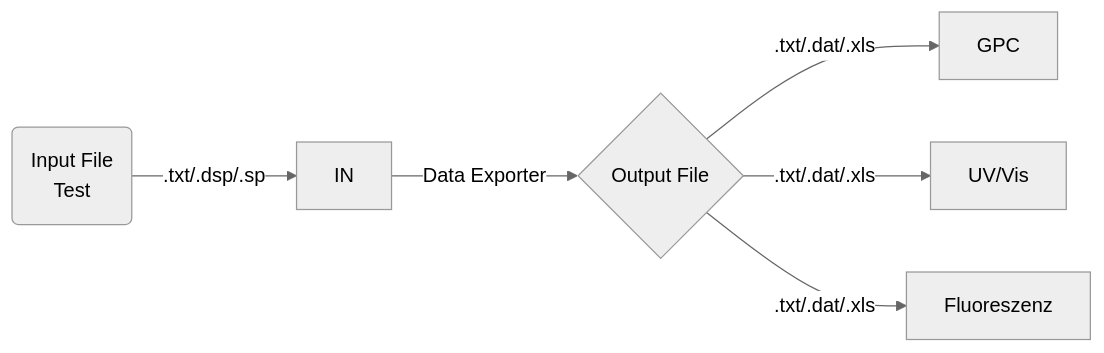
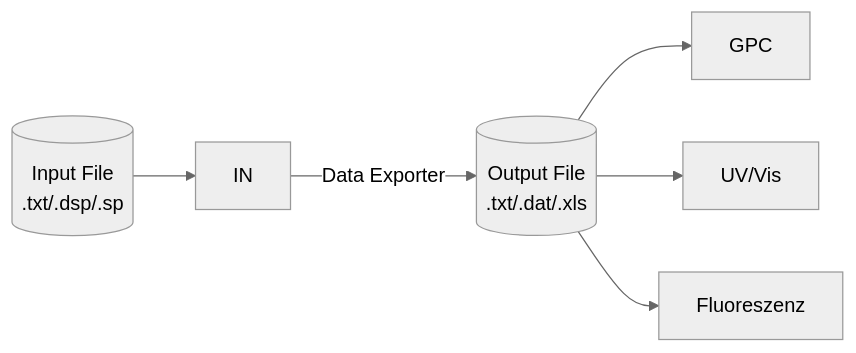
One commit to LucasRothe/Expo changed the diagram in README.md. Above: the diagram before and after it, drawn with Mermaid (neutral theme).

Commit message:
Chart Update

````diff
--- a/README.md
+++ b/README.md
@@ -89,8 +89,8 @@
 ```mermaid
 graph LR;
-    A(Input File<br>Test)-->|.txt/.dsp/.sp| B[IN];
-    B-->|Data Exporter| C{Output File};
-    C-->|.txt/.dat/.xls| D[GPC];
-    C-->|.txt/.dat/.xls|E[UV/Vis];
-    C-->|.txt/.dat/.xls|F[Fluoreszenz];
+    A[(Input File<br>.txt/.dsp/.sp)]--> B[IN];
+    B-->|Data Exporter| C[(Output File<br>.txt/.dat/.xls)];
+    C--> D[GPC];
+    C-->E[UV/Vis];
+    C-->F[Fluoreszenz];
 ```
````
